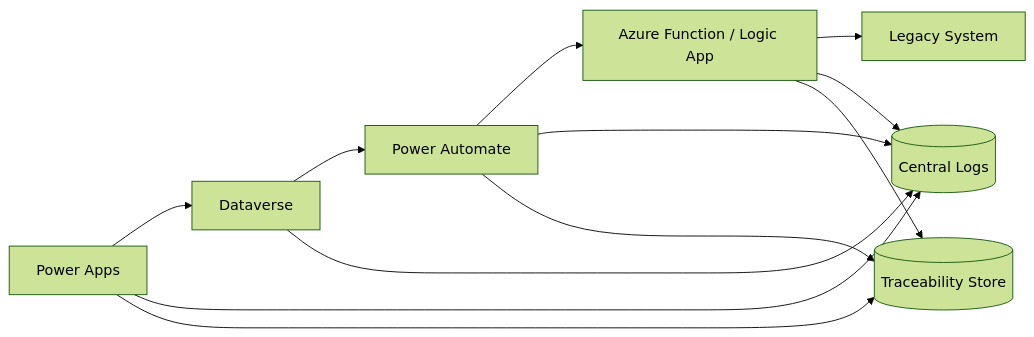
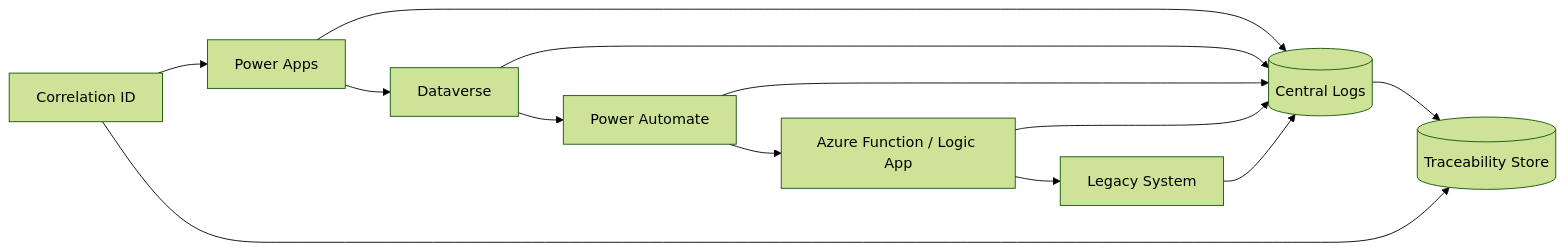
Before and after one commit to rzamperlini/rzamperlini: the second of 2 diagrams in src/data-security.md, drawn with Mermaid (forest theme). The commit also changed other lines of this file, not shown here.

First line of the commit message:
Revise and expand Data & Security Architecture document

````diff
--- a/src/data-security.md
+++ b/src/data-security.md
@@ -105,26 +206,28 @@
 ```mermaid
 flowchart LR
 
     APP[Power Apps]
     DV[Dataverse]
     FLOW[Power Automate]
     API[Azure Function / Logic App]
     LEG[Legacy System]
 
+    CID[Correlation ID]
     LOG[(Central Logs)]
     TRACE[(Traceability Store)]
 
+    CID --> APP
     APP --> DV
     DV --> FLOW
     FLOW --> API
     API --> LEG
 
     APP --> LOG
     DV --> LOG
     FLOW --> LOG
     API --> LOG
+    LEG --> LOG
 
-    APP --> TRACE
-    FLOW --> TRACE
-    API --> TRACE
+    LOG --> TRACE
+    CID --> TRACE
 ```
````
